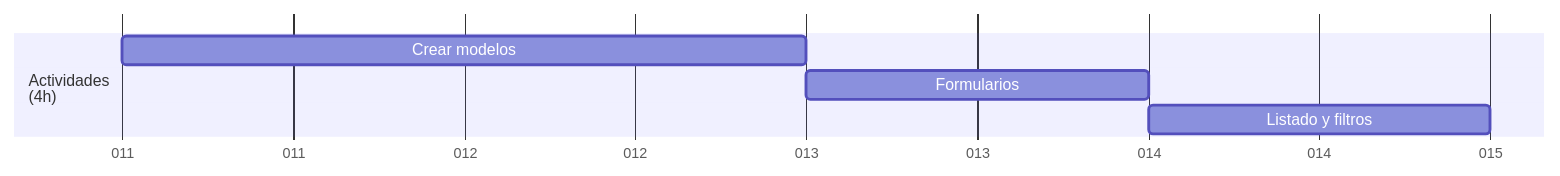
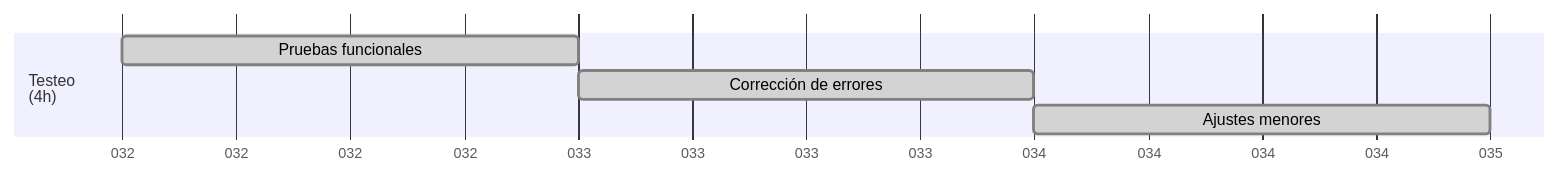
Before and after one commit to Covija97/badentracker: the diagram in .md/8.test.md, drawn with Mermaid. The commit also changed other lines of this file and 2 other files, not shown here.

````diff
--- a/.md/8.test.md
+++ b/.md/8.test.md
@@ -8,10 +8,10 @@
 ```mermaid
 gantt
     dateFormat  DDD
     axisFormat %j
 
-    section Actividades<br>(4h)
-    Crear modelos               : 01-11, 2d
-    Formularios                 : 01-13, 1d
-    Listado y filtros           : 01-14, 1d
+    section Testeo<br>(4h)
+    Pruebas funcionales         :done, 02-01, 1d
+    Corrección de errores       :done, 02-02, 1d
+    Ajustes menores             :done, 02-03, 1d
 ```
````
